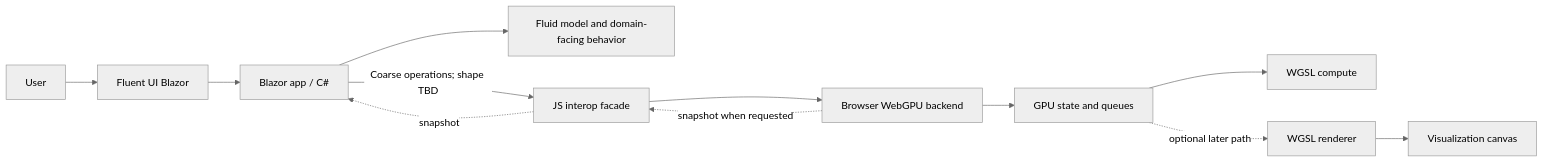
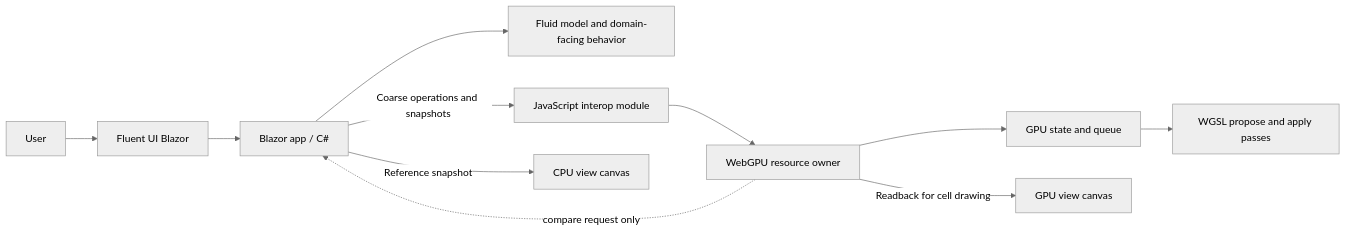
One commit to Dorian-Klingenberg/watershed changed the first of 2 diagrams in projects/grannys-house-trials/webgpu-fluid-sandbox/README.md. Above: the diagram before and after it, drawn with Mermaid (neutral theme). The commit also changed other lines of this file and 8 other files, not shown here.

````diff
--- a/projects/grannys-house-trials/webgpu-fluid-sandbox/README.md
+++ b/projects/grannys-house-trials/webgpu-fluid-sandbox/README.md
@@ -37,14 +39,13 @@
 ```mermaid
 flowchart LR
     User[User] --> UI[Fluent UI Blazor]
     UI --> App[Blazor app / C#]
     App --> Domain[Fluid model and domain-facing behavior]
-    App -->|Coarse operations; shape TBD| Bridge[JS interop facade]
-    Bridge --> Backend[Browser WebGPU backend]
-    Backend --> GPU[GPU state and queues]
-    GPU --> Compute[WGSL compute]
-    GPU -. optional later path .-> Render[WGSL renderer]
-    Render --> Canvas[Visualization canvas]
-    Backend -. snapshot when requested .-> Bridge
-    Bridge -. snapshot .-> App
+    App -->|Coarse operations and snapshots| Bridge[JavaScript interop module]
+    Bridge --> Backend[WebGPU resource owner]
+    Backend --> GPU[GPU state and queue]
+    GPU --> Compute[WGSL propose and apply passes]
+    Backend -->|Readback for cell drawing| Canvas[GPU view canvas]
+    App -->|Reference snapshot| CpuCanvas[CPU view canvas]
+    Backend -. compare request only .-> App
 ```
````
